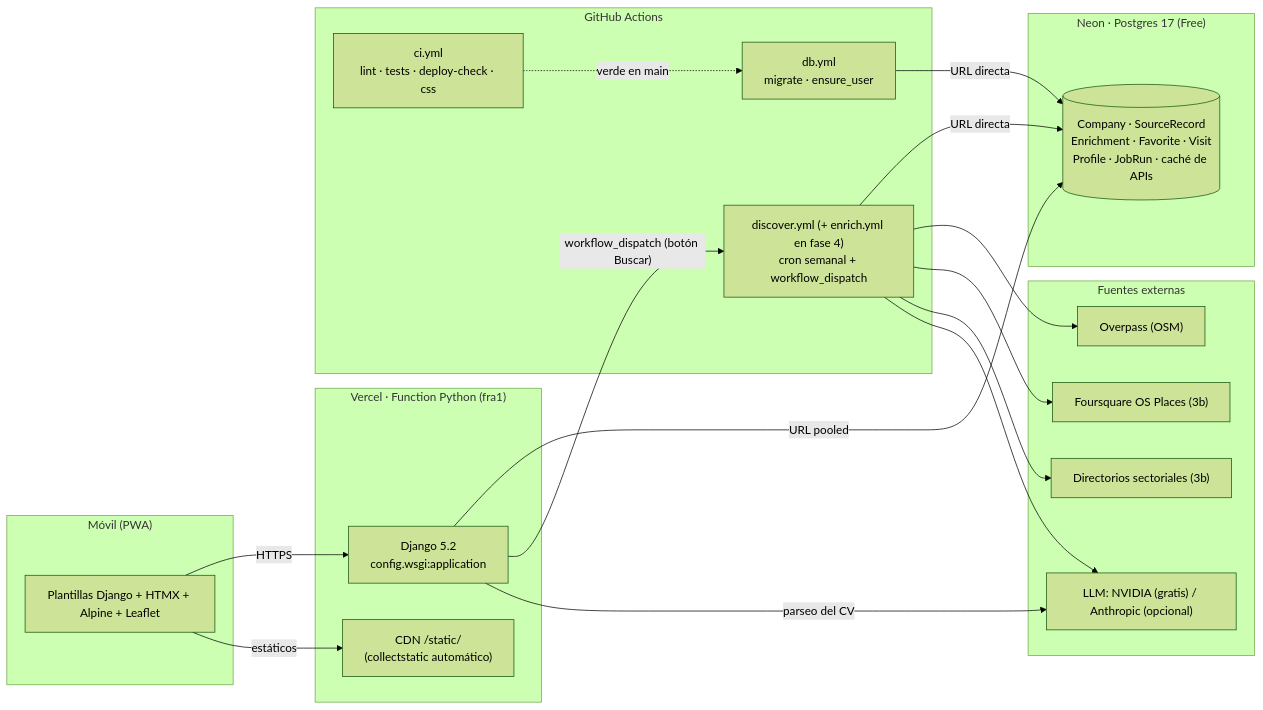
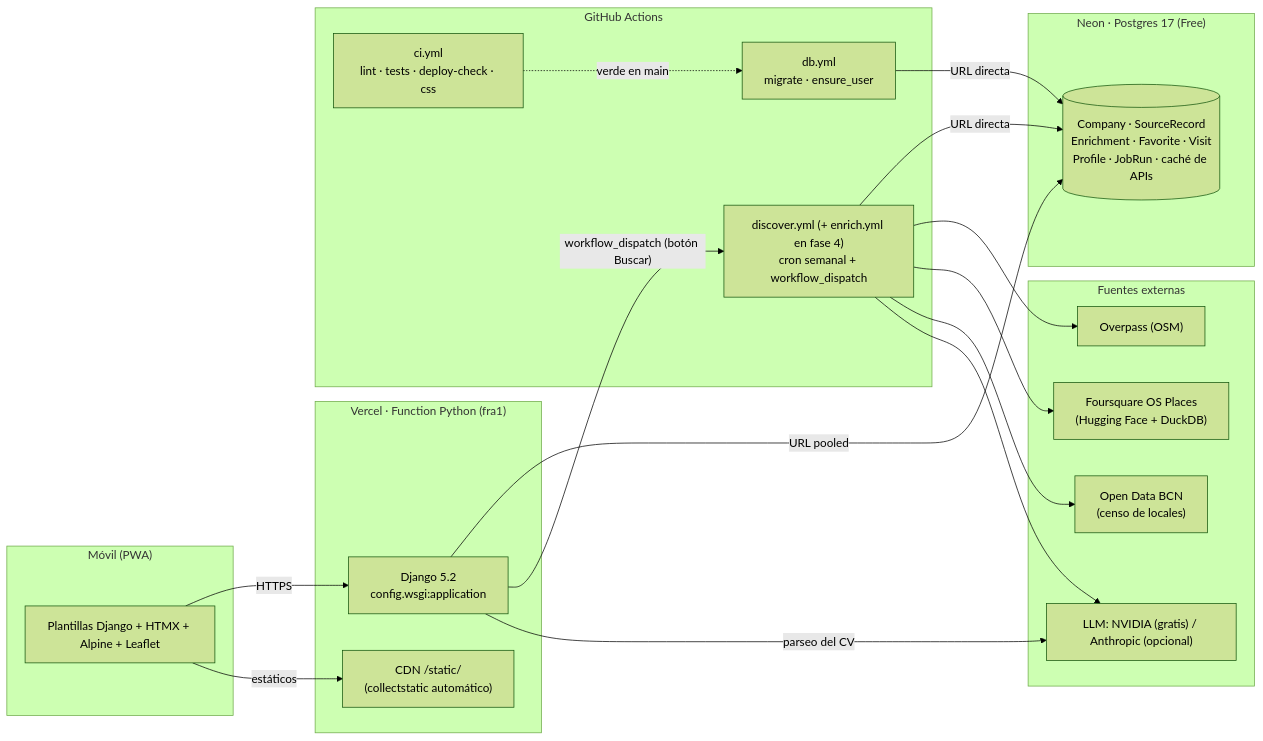
One commit to francisconaranjonrvz/picaporte changed the diagram in README.md. Above: the diagram before and after it, drawn with Mermaid (forest theme). The commit also changed other lines of this file and 10 other files, not shown here.

First line of the commit message:
Fase 3b: censo municipal de locales (Open Data BCN) en lugar de directorios

````diff
--- a/README.md
+++ b/README.md
@@ -25,38 +25,40 @@
 ```mermaid
 flowchart LR
     subgraph Movil["Móvil (PWA)"]
         UI["Plantillas Django + HTMX + Alpine + Leaflet"]
     end
 
     subgraph Vercel["Vercel · Function Python (fra1)"]
         DJ["Django 5.2\nconfig.wsgi:application"]
         CDN["CDN /static/\n(collectstatic automático)"]
     end
 
     subgraph Neon["Neon · Postgres 17 (Free)"]
         DB[("Company · SourceRecord\nEnrichment · Favorite · Visit\nProfile · JobRun · caché de APIs")]
     end
 
     subgraph Actions["GitHub Actions"]
         CI["ci.yml\nlint · tests · deploy-check · css"]
         DBW["db.yml\nmigrate · ensure_user"]
         W["discover.yml (+ enrich.yml en fase 4)\ncron semanal + workflow_dispatch"]
     end
 
     subgraph Fuentes["Fuentes externas"]
         OSM["Overpass (OSM)"]
-        FSQ["Foursquare OS Places (3b)"]
-        DIR["Directorios sectoriales (3b)"]
+        FSQ["Foursquare OS Places
+(Hugging Face + DuckDB)"]
+        DIR["Open Data BCN
+(censo de locales)"]
         LLM["LLM: NVIDIA (gratis) / Anthropic (opcional)"]
     end
 
     UI -- HTTPS --> DJ
     UI -- estáticos --> CDN
     DJ -- "URL pooled" --> DB
     DJ -- "workflow_dispatch (botón Buscar)" --> W
     DBW -- "URL directa" --> DB
     W -- "URL directa" --> DB
     W --> OSM & FSQ & DIR & LLM
     DJ -- "parseo del CV" --> LLM
     CI -. "verde en main" .-> DBW
 ```
````
